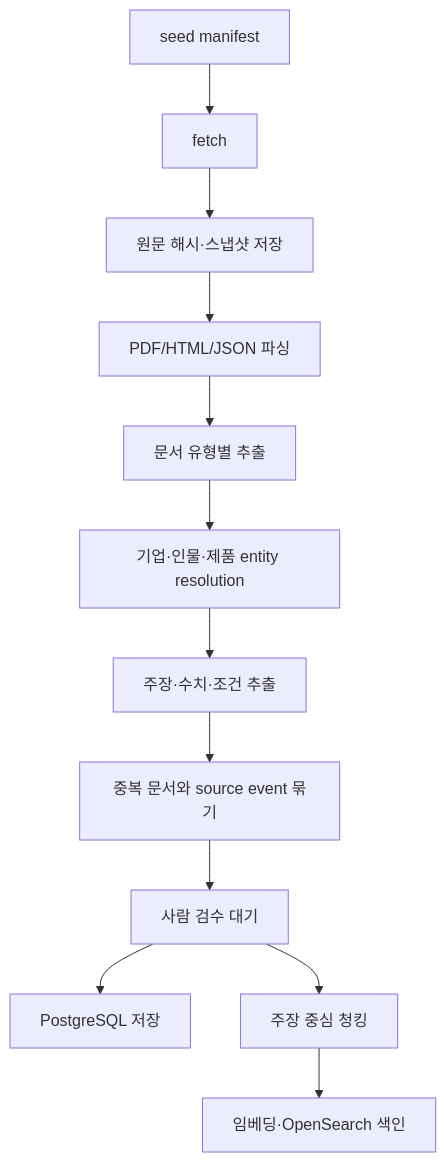
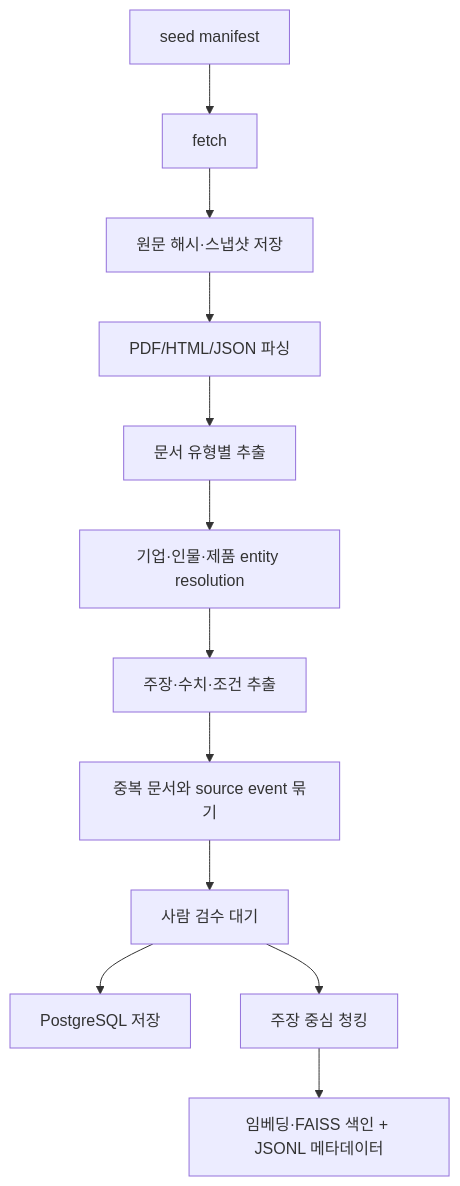
Before and after one commit to jihun-24k/skala-rag-pipeline: the second of 3 diagrams in docs/implementation-design.md, drawn with Mermaid. The commit also changed other lines of this file and 8 other files, not shown here.

````diff
--- a/docs/implementation-design.md
+++ b/docs/implementation-design.md
@@ -157,14 +157,14 @@
 ```mermaid
 flowchart TD
     A[seed manifest] --> B[fetch]
     B --> C[원문 해시·스냅샷 저장]
     C --> D[PDF/HTML/JSON 파싱]
     D --> E[문서 유형별 추출]
     E --> F[기업·인물·제품 entity resolution]
     F --> G[주장·수치·조건 추출]
     G --> H[중복 문서와 source event 묶기]
     H --> I[사람 검수 대기]
     I --> J[PostgreSQL 저장]
     I --> K[주장 중심 청킹]
-    K --> L[임베딩·OpenSearch 색인]
+    K --> L[임베딩·FAISS 색인 + JSONL 메타데이터]
 ```
````
